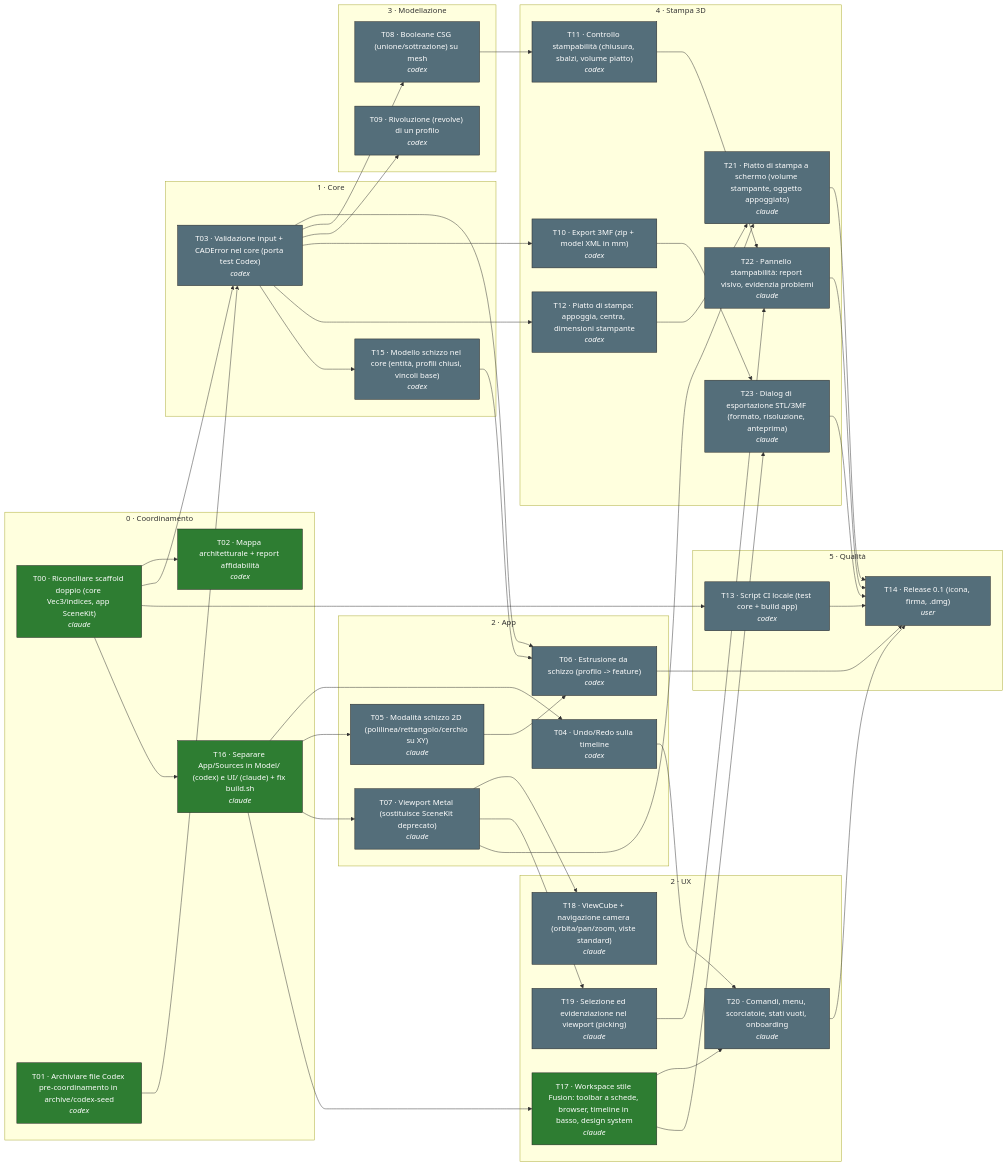
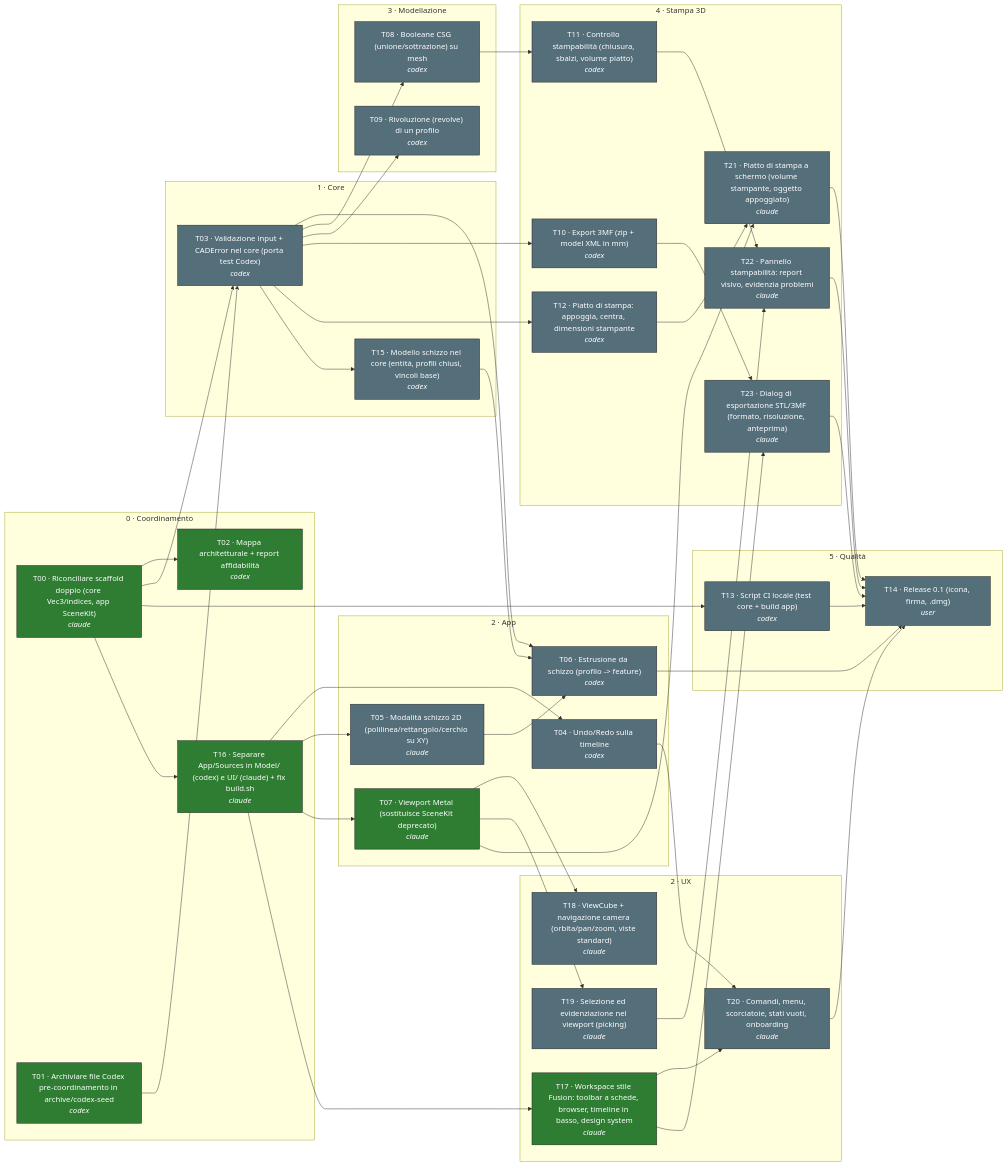
One commit to t4k3/cad-takeoff changed the diagram in docs/graph/GRAPH.md. Above: the diagram before and after it, drawn with Mermaid. The commit also changed other lines of this file and 12 other files, not shown here.

Commit message:
[T07] Viewport Metal: camera orbitale, spigoli CAD, griglia, stili di visualizzazione

````diff
--- a/docs/graph/GRAPH.md
+++ b/docs/graph/GRAPH.md
@@ -7,79 +7,79 @@
 ```mermaid
 flowchart LR
   subgraph P0["0 · Coordinamento"]
     T00["T00 · Riconciliare scaffold doppio (core Vec3/indices, app SceneKit)<br/><i>claude</i>"]:::done
     T01["T01 · Archiviare file Codex pre-coordinamento in archive/codex-seed<br/><i>codex</i>"]:::done
     T02["T02 · Mappa architetturale + report affidabilità<br/><i>codex</i>"]:::done
     T16["T16 · Separare App/Sources in Model/ (codex) e UI/ (claude) + fix build.sh<br/><i>claude</i>"]:::done
   end
   subgraph P1["1 · Core"]
     T03["T03 · Validazione input + CADError nel core (porta test Codex)<br/><i>codex</i>"]:::todo
     T15["T15 · Modello schizzo nel core (entità, profili chiusi, vincoli base)<br/><i>codex</i>"]:::todo
   end
   subgraph P2["2 · App"]
     T04["T04 · Undo/Redo sulla timeline<br/><i>codex</i>"]:::todo
     T05["T05 · Modalità schizzo 2D (polilinea/rettangolo/cerchio su XY)<br/><i>claude</i>"]:::todo
     T06["T06 · Estrusione da schizzo (profilo -> feature)<br/><i>codex</i>"]:::todo
-    T07["T07 · Viewport Metal (sostituisce SceneKit deprecato)<br/><i>claude</i>"]:::todo
+    T07["T07 · Viewport Metal (sostituisce SceneKit deprecato)<br/><i>claude</i>"]:::done
   end
   subgraph P3["3 · Modellazione"]
     T08["T08 · Booleane CSG (unione/sottrazione) su mesh<br/><i>codex</i>"]:::todo
     T09["T09 · Rivoluzione (revolve) di un profilo<br/><i>codex</i>"]:::todo
   end
   subgraph P4["4 · Stampa 3D"]
     T10["T10 · Export 3MF (zip + model XML in mm)<br/><i>codex</i>"]:::todo
     T11["T11 · Controllo stampabilità (chiusura, sbalzi, volume piatto)<br/><i>codex</i>"]:::todo
     T12["T12 · Piatto di stampa: appoggia, centra, dimensioni stampante<br/><i>codex</i>"]:::todo
     T21["T21 · Piatto di stampa a schermo (volume stampante, oggetto appoggiato)<br/><i>claude</i>"]:::todo
     T22["T22 · Pannello stampabilità: report visivo, evidenzia problemi<br/><i>claude</i>"]:::todo
     T23["T23 · Dialog di esportazione STL/3MF (formato, risoluzione, anteprima)<br/><i>claude</i>"]:::todo
   end
   subgraph P5["5 · Qualità"]
     T13["T13 · Script CI locale (test core + build app)<br/><i>codex</i>"]:::todo
     T14["T14 · Release 0.1 (icona, firma, .dmg)<br/><i>user</i>"]:::todo
   end
   subgraph P6["2 · UX"]
     T17["T17 · Workspace stile Fusion: toolbar a schede, browser, timeline in basso, design system<br/><i>claude</i>"]:::done
     T18["T18 · ViewCube + navigazione camera (orbita/pan/zoom, viste standard)<br/><i>claude</i>"]:::todo
     T19["T19 · Selezione ed evidenziazione nel viewport (picking)<br/><i>claude</i>"]:::todo
     T20["T20 · Comandi, menu, scorciatoie, stati vuoti, onboarding<br/><i>claude</i>"]:::todo
   end
   T00 --> T02
   T00 --> T03
   T01 --> T03
   T16 --> T04
   T16 --> T05
   T05 --> T06
   T15 --> T06
   T03 --> T06
   T16 --> T07
   T03 --> T08
   T03 --> T09
   T03 --> T10
   T08 --> T11
   T03 --> T12
   T00 --> T13
   T06 --> T14
   T20 --> T14
   T21 --> T14
   T22 --> T14
   T23 --> T14
   T13 --> T14
   T03 --> T15
   T00 --> T16
   T16 --> T17
   T07 --> T18
   T07 --> T19
   T17 --> T20
   T04 --> T20
   T07 --> T21
   T12 --> T21
   T11 --> T22
   T19 --> T22
   T10 --> T23
   T17 --> T23
   classDef done fill:#2e7d32,color:#fff,stroke:#222
   classDef in_progress fill:#f9a825,color:#fff,stroke:#222
   classDef blocked fill:#c62828,color:#fff,stroke:#222
   classDef todo fill:#546e7a,color:#fff,stroke:#222
 ```
````
